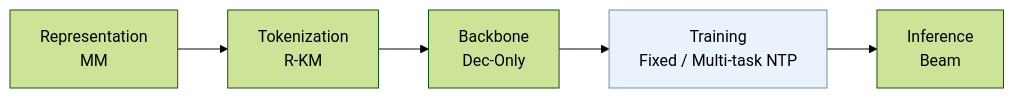
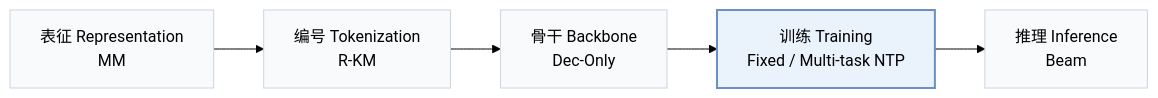
Before and after one commit to Galaxy-ghost/Awesome-SID-Generative-Rec: the first of 2 diagrams in pages/zh/papers/onelatent.md, drawn with Mermaid (forest theme). The commit also changed other lines of this file and 649 other files, not shown here.

Commit message:
writer-05: also tags and modality index (schema, check, build, visuals); summary field removed; calibration data for 12 papers

````diff
--- a/pages/zh/papers/onelatent.md
+++ b/pages/zh/papers/onelatent.md
@@ -13,6 +15,8 @@
 ```mermaid
 flowchart LR
-    R["Representation<br/>MM"] --> T["Tokenization<br/>R-KM"] --> B["Backbone<br/>Dec-Only"] --> TR["Training<br/>Fixed / Multi-task NTP"] --> I["Inference<br/>Beam"]
-    classDef main fill:#eaf2fb,stroke:#6b8fc7
+    R["表征 Representation<br/>MM"] --> T["编号 Tokenization<br/>R-KM"] --> B["骨干 Backbone<br/>Dec-Only"] --> TR["训练 Training<br/>Fixed / Multi-task NTP"] --> I["推理 Inference<br/>Beam"]
+    classDef base fill:#f8fafc,stroke:#cbd5e1
+    class R,T,B,TR,I base
+    classDef main fill:#eaf2fb,stroke:#6b8fc7,stroke-width:2px
     class TR main
 ```
````
